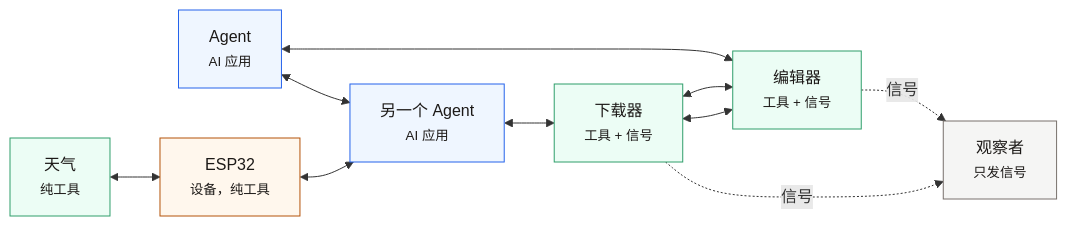
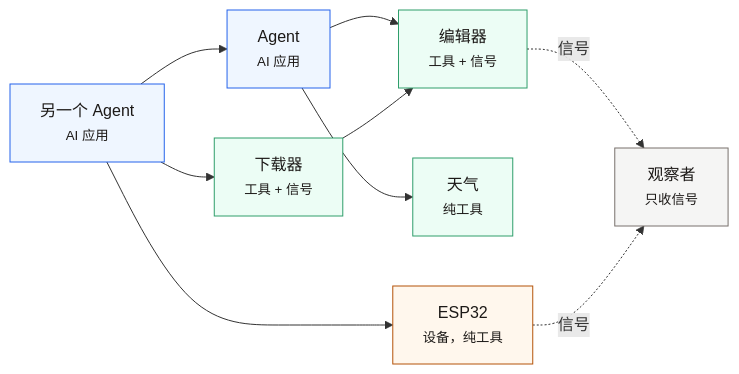
The diagram in docs-site/i18n/zh/docusaurus-plugin-content-docs/current/architecture.md (ModelSensingProtocol/msp-site), drawn with Mermaid before and after one commit. The commit also changed other lines of this file and 7 other files, not shown here.

First line of the commit message:
fix(docs): 架构图的连线改成有方向的调用（原来 ESP32→天气 是胡诌）

````diff
--- a/docs-site/i18n/zh/docusaurus-plugin-content-docs/current/architecture.md
+++ b/docs-site/i18n/zh/docusaurus-plugin-content-docs/current/architecture.md
@@ -3,32 +3,30 @@
 ```mermaid
 flowchart LR
   A1["Agent<br/><small>AI 应用</small>"]
   A2["另一个 Agent<br/><small>AI 应用</small>"]
   ED["编辑器<br/><small>工具 + 信号</small>"]
   DL["下载器<br/><small>工具 + 信号</small>"]
   W["天气<br/><small>纯工具</small>"]
   ES["ESP32<br/><small>设备，纯工具</small>"]
-  OB["观察者<br/><small>只发信号</small>"]
+  OB["观察者<br/><small>只收信号</small>"]
 
-  A1 <--> A2
-  ED <--> DL
-  W <--> ES
-
-  A1 <--> ED
-  A2 <--> DL
-  ES <--> A2
-  DL <--> ED
+  A1 --> ED
+  A1 --> W
+  A2 --> DL
+  A2 --> ES
+  A2 --> A1
+  DL --> ED
 
   ED -. 信号 .-> OB
-  DL -. 信号 .-> OB
+  ES -. 信号 .-> OB
 
   classDef ai fill:#eff6ff,stroke:#2563eb,color:#1c1917
   classDef tool fill:#ecfdf5,stroke:#2f9e6b,color:#1c1917
   classDef dev fill:#fff7ed,stroke:#b45309,color:#1c1917
   classDef obs fill:#f5f5f4,stroke:#78716c,color:#1c1917
 
   class A1,A2 ai
   class ED,DL,W tool
   class ES dev
   class OB obs
 ```
````
